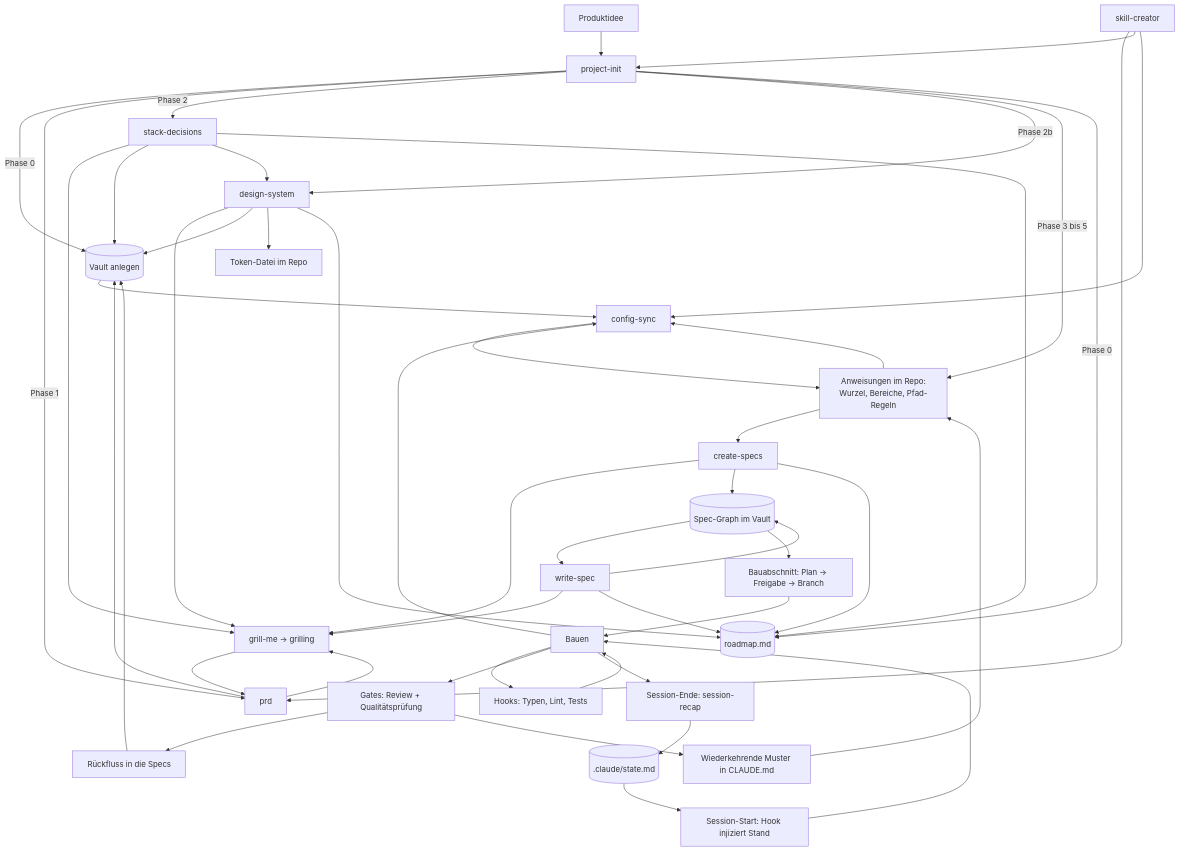
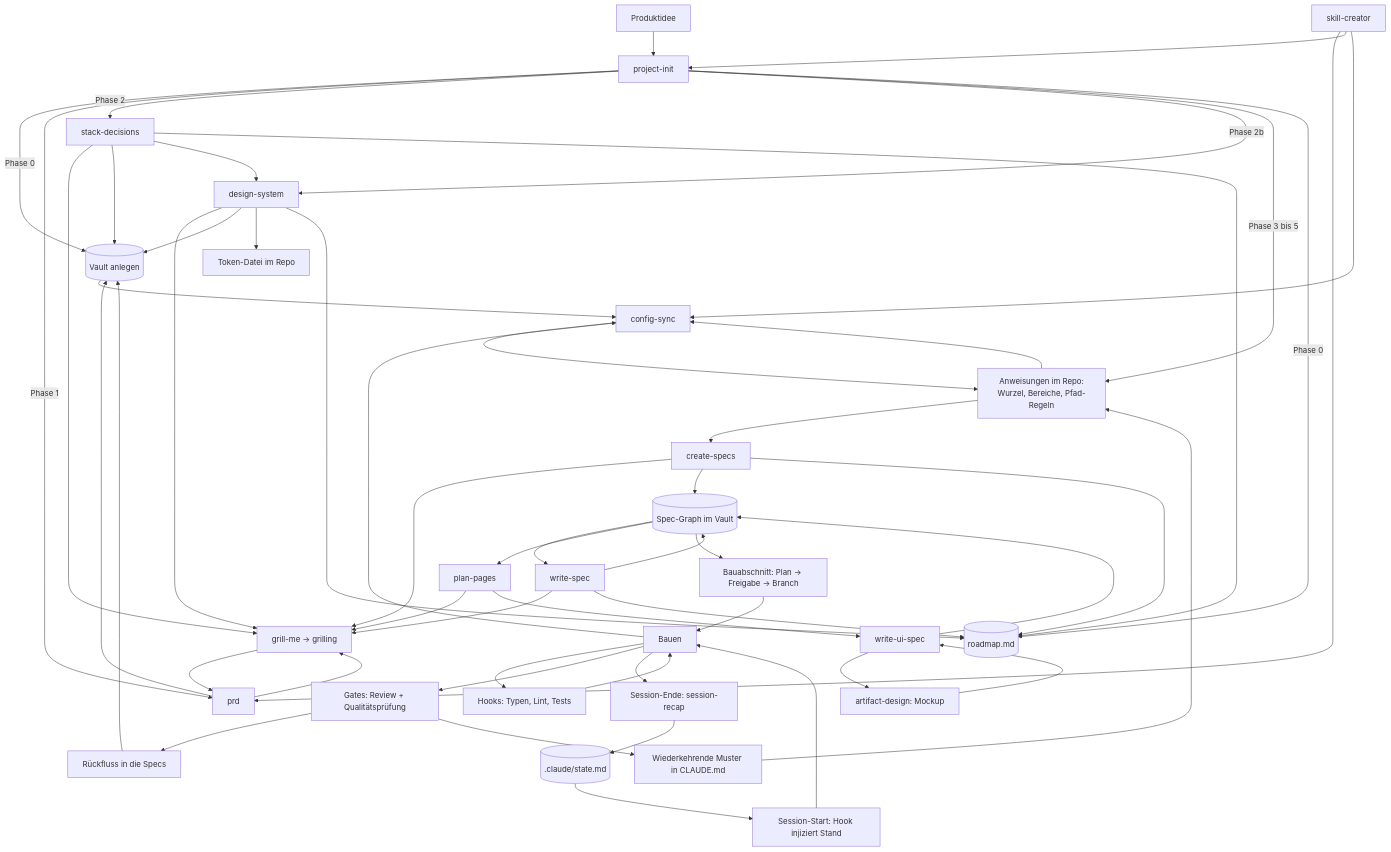
One commit to mxrius1706/Ai-Coding-Framework changed the diagram in LOOP.md. Above: the diagram before and after it, drawn with Mermaid. The commit also changed other lines of this file and 4 other files, not shown here.

First line of the commit message:
feat(skills): plan-pages und write-ui-spec ergaenzen

````diff
--- a/LOOP.md
+++ b/LOOP.md
@@ -25,53 +25,59 @@
 ```mermaid
 flowchart TD
     A[Produktidee] --> E[project-init]
     E -->|Phase 0| D[(Vault anlegen)]
     E -->|Phase 1| B[prd]
     B --> C[grill-me → grilling]
     C --> B
     B --> D
     E -->|Phase 2| S[stack-decisions]
     S --> C
     S --> D
     E -->|Phase 2b| DS[design-system]
     S --> DS
     DS --> C
     DS --> D
     DS --> TK[Token-Datei im Repo]
     E -->|Phase 3 bis 5| F[Anweisungen im Repo:<br/>Wurzel, Bereiche, Pfad-Regeln]
 
     F --> CS[create-specs]
     CS --> C
     CS --> SP[(Spec-Graph im Vault)]
     SP --> WS[write-spec]
     WS --> C
     WS --> SP
+    SP --> PP[plan-pages]
+    PP --> C
+    PP --> UI[write-ui-spec]
+    UI --> AD[artifact-design: Mockup]
+    AD --> UI
+    UI --> SP
     SP --> G[Bauabschnitt: Plan → Freigabe → Branch]
     G --> H[Bauen]
     H --> I[Hooks: Typen, Lint, Tests]
     I --> H
     H --> J[Gates: Review + Qualitätsprüfung]
     J --> K[Rückfluss in die Specs]
     K --> D
     J --> L[Wiederkehrende Muster in CLAUDE.md]
     L --> F
 
     F --> M[config-sync]
     M --> F
     D --> M
     H --> M
 
     N[Session-Ende: session-recap] --> O[(.claude/state.md)]
     E -->|Phase 0| RM[(roadmap.md)]
     S --> RM
     DS --> RM
     CS --> RM
     WS --> RM
     O --> P[Session-Start: Hook injiziert Stand]
     P --> H
     H --> N
 
     Q[skill-creator] --> B
     Q --> E
     Q --> M
 ```
````
